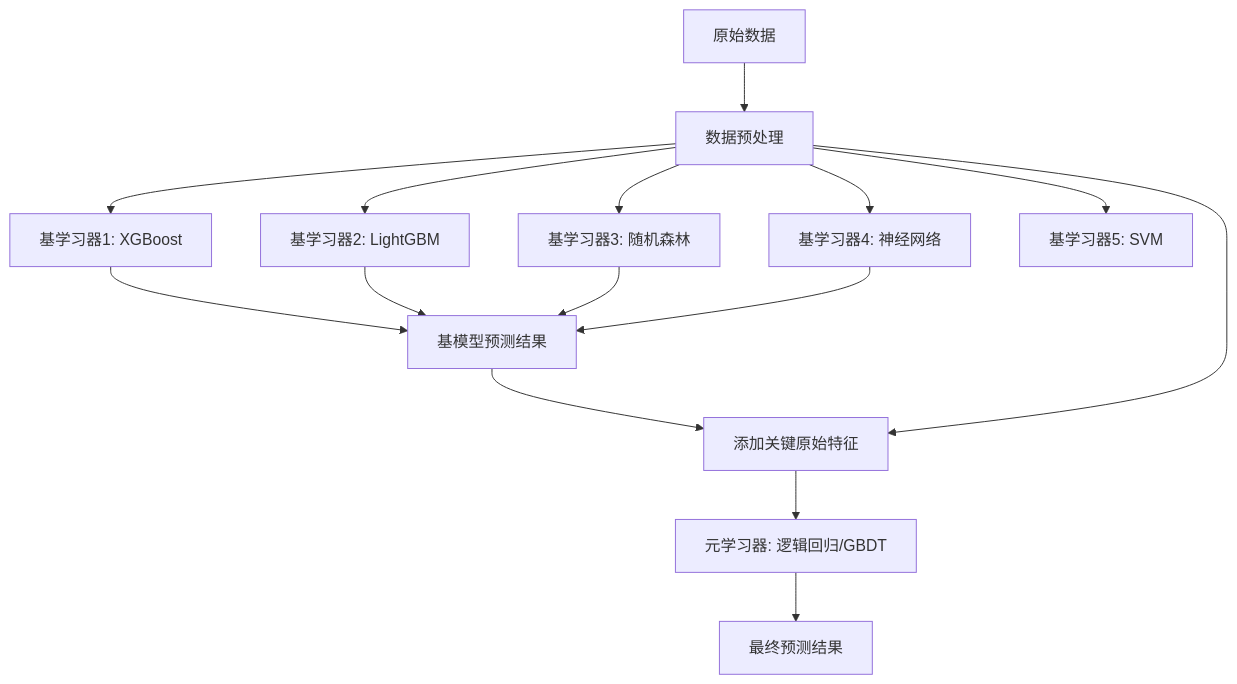
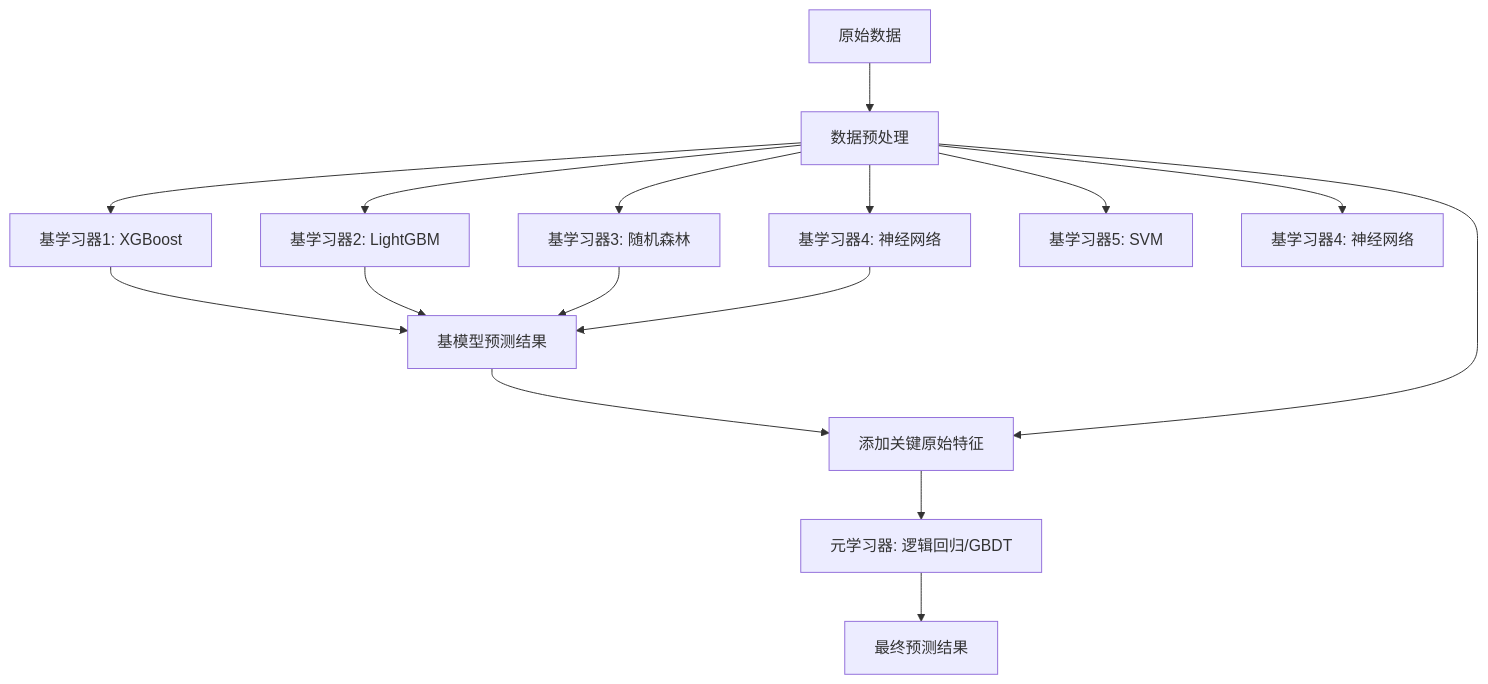
One commit to fromwhitetoblack/iodraw-files changed the diagram in all/未命名.md. Above: the diagram before and after it, drawn with Mermaid.

Commit message:
2025-03-11 12:00:14 update

````diff
--- a/all/未命名.md
+++ b/all/未命名.md
@@ -1,17 +1,18 @@
 ```mermaid
 graph TD
     A[原始数据] --> B[数据预处理]
     B --> C1[基学习器1: XGBoost]
     B --> C2[基学习器2: LightGBM]
     B --> C3[基学习器3: 随机森林]
     B --> C4[基学习器4: 神经网络]
     B --> C5[基学习器5: SVM]
+    B --> C6[基学习器4: 神经网络]
     C1 --> D[基模型预测结果]
     C2 --> D
     C3 --> D
     C4 --> D
     D --> E[元学习器输入特征]
     B --> E[添加关键原始特征]
     E --> F[元学习器: 逻辑回归/GBDT]
     F --> G[最终预测结果]
 ```
````
